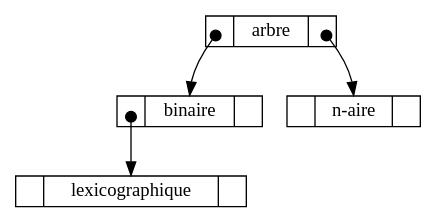
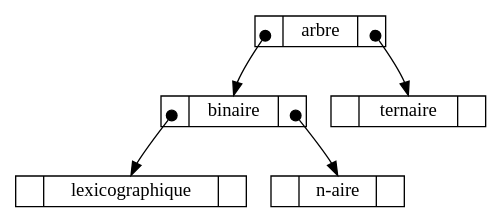
One commit to AnriOfAstora94/DM_algo_des_arbres changed the diagram in A2.dot. Above: the diagram before and after it, drawn with Graphviz. The commit also changed 4 other files, not shown here.

```diff
--- a/A2.dot
+++ b/A2.dot
@@ -1,7 +1,8 @@
 digraph arbre {
 node [shape=record, height=.1]
 edge [tailclip=false, arrowtail = dot, dir=both];
-n0x559362899ae0 [label="<gauche > | <valeur > arbre | <droite >"]n0x559362899ae0:droite:c -> n0x559362899ba0:valeur
-n0x559362899ba0 [label="<gauche > | <valeur > n-aire | <droite >"]n0x559362899ae0:gauche:c -> n0x559362899b20:valeur
-n0x559362899b20 [label="<gauche > | <valeur > binaire | <droite >"]n0x559362899b20:gauche:c -> n0x559362899b60:valeur
-n0x559362899b60 [label="<gauche > | <valeur > lexicographique | <droite >"]}
+n0x55bb7fc2fae0 [label="<gauche > | <valeur >  arbre | <droite >"]n0x55bb7fc2fae0:droite:c -> n0x55bb7fc2fbe0:valeur
+n0x55bb7fc2fbe0 [label="<gauche > | <valeur >  ternaire | <droite >"]n0x55bb7fc2fae0:gauche:c -> n0x55bb7fc2fb20:valeur
+n0x55bb7fc2fb20 [label="<gauche > | <valeur >  binaire | <droite >"]n0x55bb7fc2fb20:droite:c -> n0x55bb7fc2fba0:valeur
+n0x55bb7fc2fba0 [label="<gauche > | <valeur >  n-aire | <droite >"]n0x55bb7fc2fb20:gauche:c -> n0x55bb7fc2fb60:valeur
+n0x55bb7fc2fb60 [label="<gauche > | <valeur >  lexicographique | <droite >"]}
```
